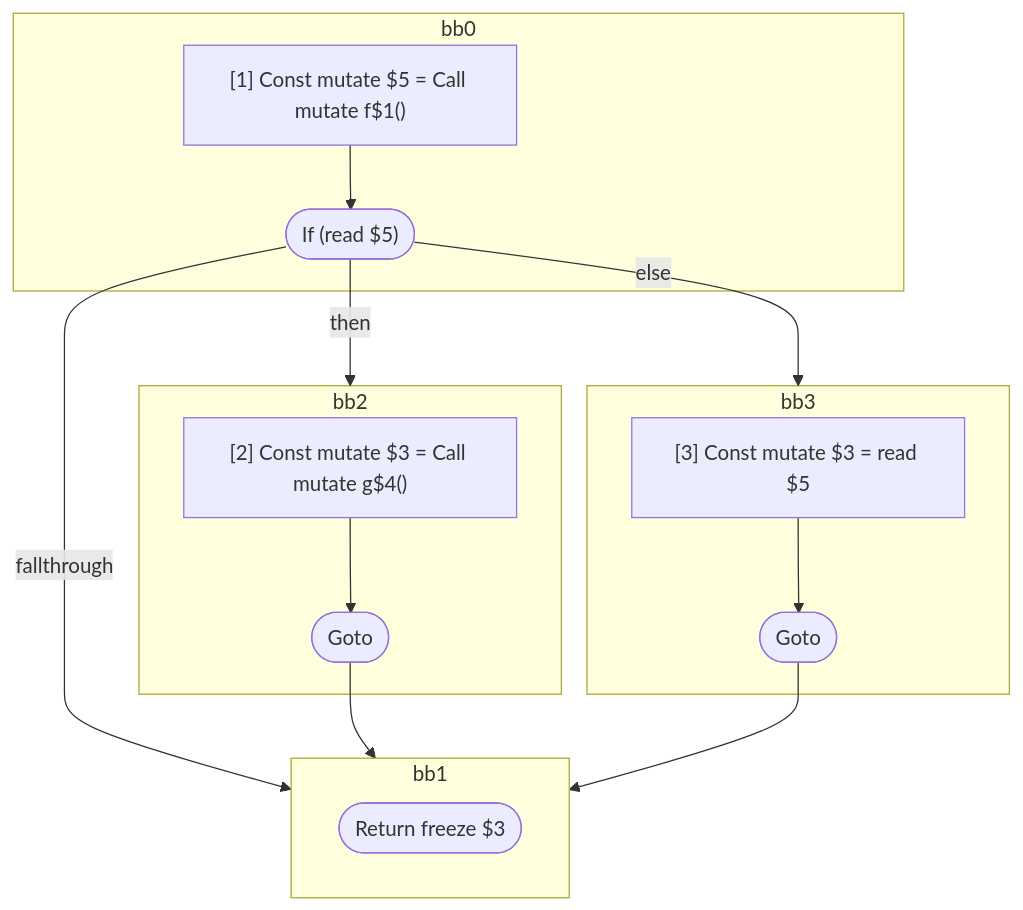
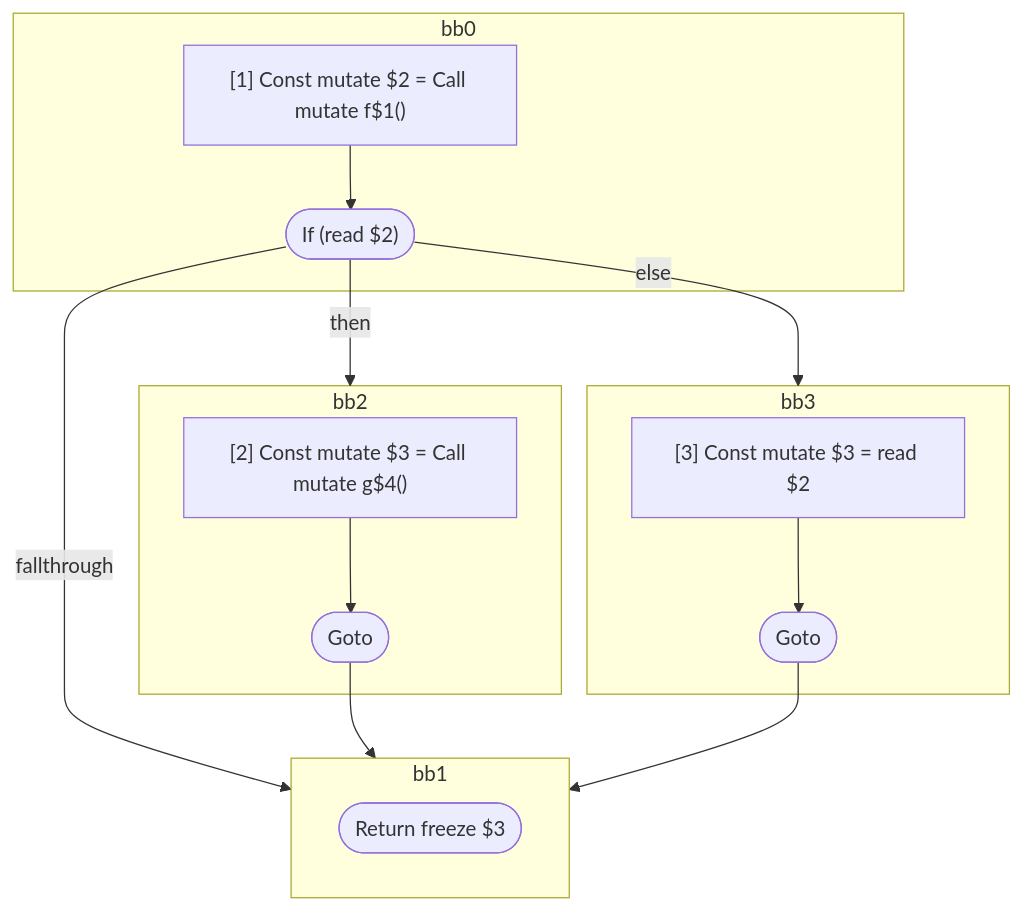
One commit to wutsmog/private changed the first of 5 diagrams in compiler/forget/src/__tests__/fixtures/hir/logical-expression.expect.md. Above: the diagram before and after it, drawn with Mermaid. The commit also changed other lines of this file and 57 other files, not shown here.

````diff
--- a/compiler/forget/src/__tests__/fixtures/hir/logical-expression.expect.md
+++ b/compiler/forget/src/__tests__/fixtures/hir/logical-expression.expect.md
@@ -43,33 +43,33 @@
 ```mermaid
 flowchart TB
   %% Basic Blocks
   subgraph bb0
     bb0_instrs["
-      [1] Const mutate $5 = Call mutate f$1()
+      [1] Const mutate $2 = Call mutate f$1()
     "]
-    bb0_instrs --> bb0_terminal(["If (read $5)"])
+    bb0_instrs --> bb0_terminal(["If (read $2)"])
   end
   subgraph bb2
     bb2_instrs["
       [2] Const mutate $3 = Call mutate g$4()
     "]
     bb2_instrs --> bb2_terminal(["Goto"])
   end
   subgraph bb3
     bb3_instrs["
-      [3] Const mutate $3 = read $5
+      [3] Const mutate $3 = read $2
     "]
     bb3_instrs --> bb3_terminal(["Goto"])
   end
   subgraph bb1
     bb1_terminal(["Return freeze $3"])
   end
 
   %% Jumps
   bb0_terminal -- then --> bb2
   bb0_terminal -- else --> bb3
   bb0_terminal -- fallthrough --> bb1
   bb2_terminal --> bb1
   bb3_terminal --> bb1
 
 ```
````
